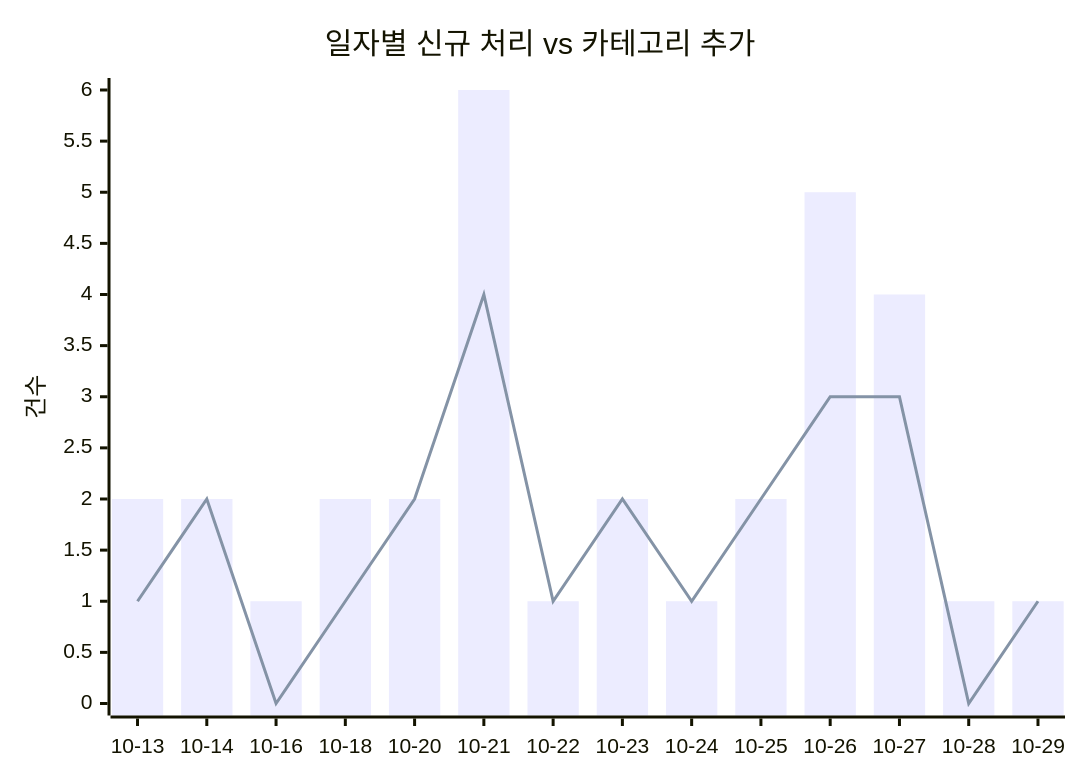
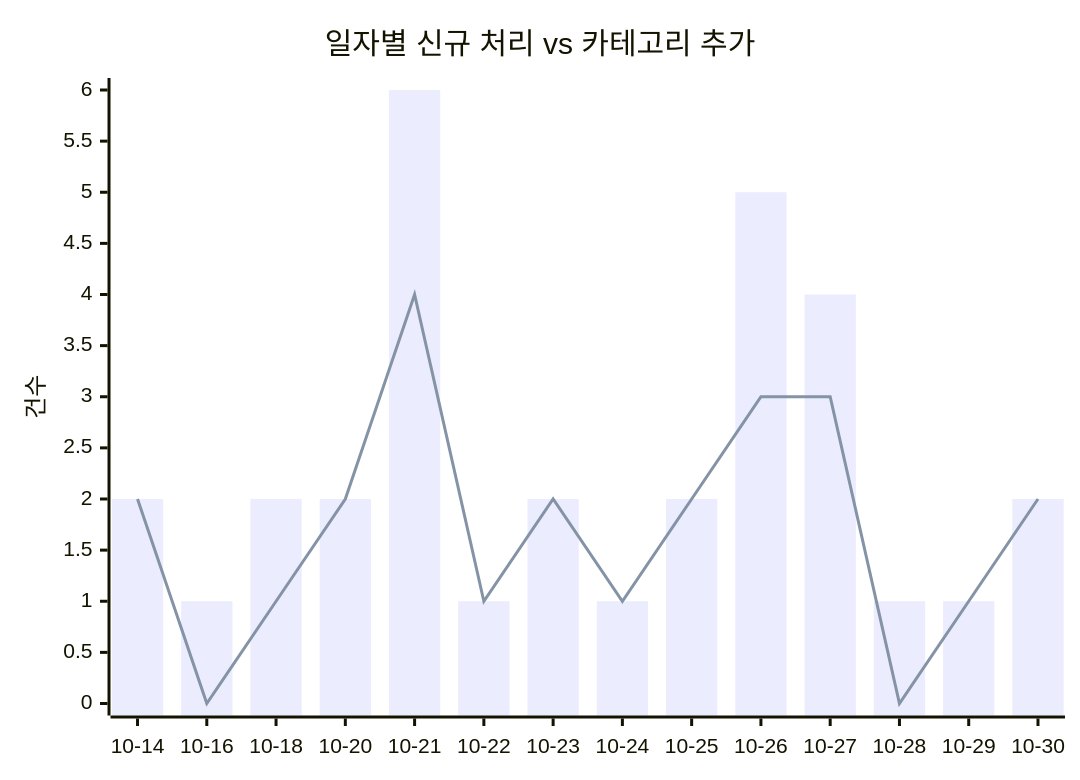
One commit to J-nowcow/awesome-korean-agent-skills changed the first of 2 diagrams in docs/trends.md. Above: the diagram before and after it, drawn with Mermaid. The commit also changed other lines of this file and 5 other files, not shown here.

````diff
--- a/docs/trends.md
+++ b/docs/trends.md
@@ -32,8 +32,8 @@
 ```mermaid
 xychart-beta
     title "일자별 신규 처리 vs 카테고리 추가"
-    x-axis ["10-13","10-14","10-16","10-18","10-20","10-21","10-22","10-23","10-24","10-25","10-26","10-27","10-28","10-29"]
+    x-axis ["10-14","10-16","10-18","10-20","10-21","10-22","10-23","10-24","10-25","10-26","10-27","10-28","10-29","10-30"]
     y-axis "건수"
-    bar [2,2,1,2,2,6,1,2,1,2,5,4,1,1]
-    line [1,2,0,1,2,4,1,2,1,2,3,3,0,1]
+    bar [2,1,2,2,6,1,2,1,2,5,4,1,1,2]
+    line [2,0,1,2,4,1,2,1,2,3,3,0,1,2]
 ```
````
